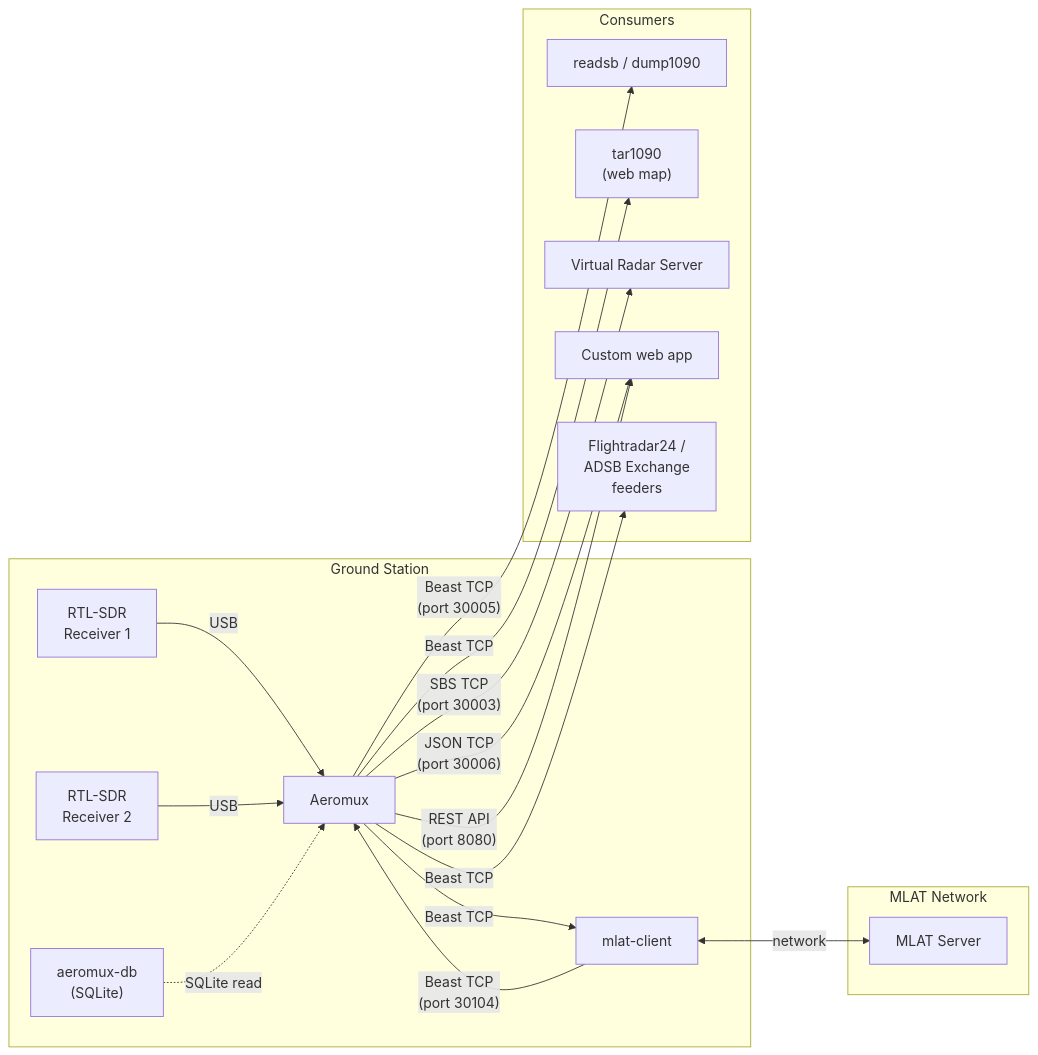
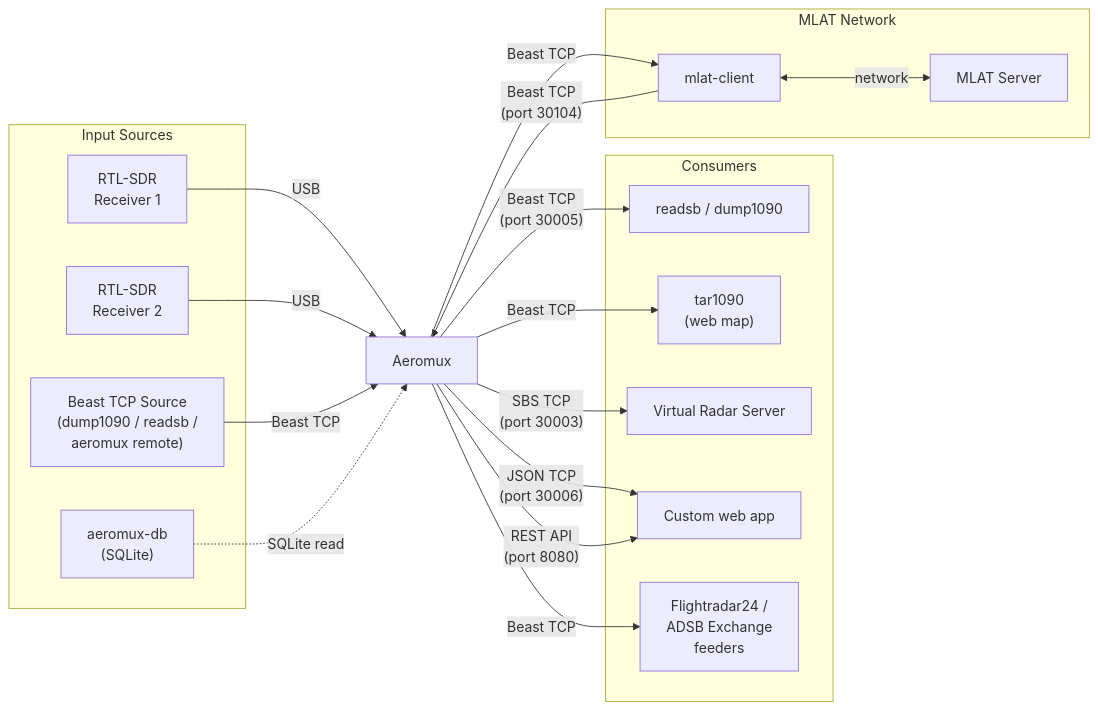
One commit to aeromux/aeromux changed the first of 11 diagrams in docs/ARCHITECTURE.md. Above: the diagram before and after it, drawn with Mermaid. The commit also changed other lines of this file and 45 other files, not shown here.

Commit message:
Implement unified input model with aggregated SDR and Beast sources (CLI, config, streaming, docs, tests)

````diff
--- a/docs/ARCHITECTURE.md
+++ b/docs/ARCHITECTURE.md
@@ -44,37 +44,40 @@
 ```mermaid
 flowchart LR
-    subgraph station["Ground Station"]
+    subgraph inputs["Input Sources"]
         SDR1["RTL-SDR<br/>Receiver 1"]
         SDR2["RTL-SDR<br/>Receiver 2"]
-        AEROMUX["Aeromux"]
-        MLATC["mlat-client"]
+        BEAST1["Beast TCP Source<br/>(dump1090 / readsb /<br/>aeromux remote)"]
         DB["aeromux-db<br/>(SQLite)"]
     end
+
+    AEROMUX["Aeromux"]
 
     subgraph consumers["Consumers"]
         READSB["readsb / dump1090"]
         TAR1090["tar1090<br/>(web map)"]
         VRS["Virtual Radar Server"]
         WEBAPP["Custom web app"]
         FEED["Flightradar24 /<br/>ADSB Exchange<br/>feeders"]
     end
 
     subgraph mlat_net["MLAT Network"]
+        MLATC["mlat-client"]
         MLATSERV["MLAT Server"]
     end
 
     SDR1 -->|"USB"| AEROMUX
     SDR2 -->|"USB"| AEROMUX
+    BEAST1 -->|"Beast TCP"| AEROMUX
     DB -.->|"SQLite read"| AEROMUX
 
     AEROMUX -->|"Beast TCP<br/>(port 30005)"| READSB
     AEROMUX -->|"Beast TCP"| TAR1090
     AEROMUX -->|"Beast TCP"| FEED
-    AEROMUX -->|"Beast TCP"| MLATC
     AEROMUX -->|"SBS TCP<br/>(port 30003)"| VRS
     AEROMUX -->|"JSON TCP<br/>(port 30006)"| WEBAPP
     AEROMUX -->|"REST API<br/>(port 8080)"| WEBAPP
 
+    AEROMUX -->|"Beast TCP"| MLATC
     MLATC -->|"Beast TCP<br/>(port 30104)"| AEROMUX
     MLATC <-->|"network"| MLATSERV
 ```
````
